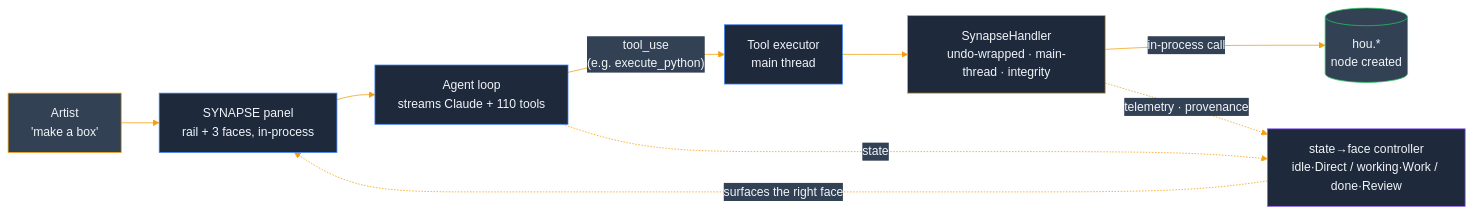
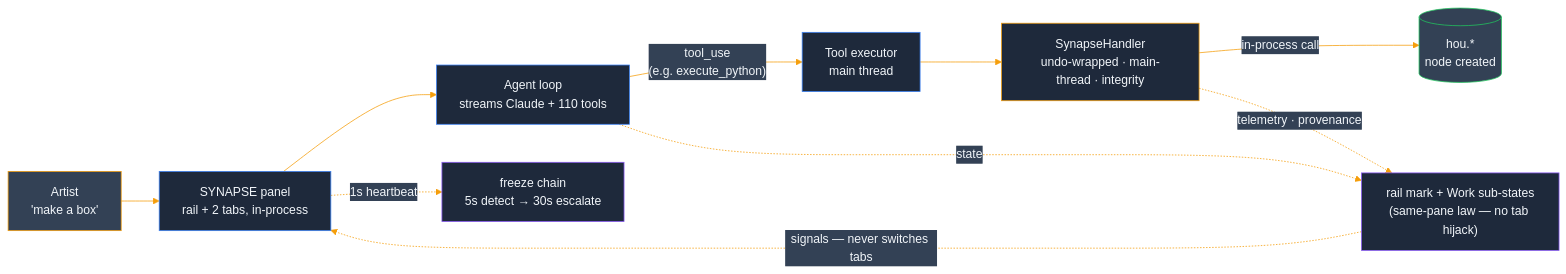
Before and after one commit to JosephOIbrahim/Synapse: the first of 16 diagrams in README.md, drawn with Mermaid. The commit also changed other lines of this file and 4 other files, not shown here.

First line of the commit message:
docs(release): v5.12.0 — CTO remediation + freeze chain; README + mermaid truth pass

````diff
--- a/README.md
+++ b/README.md
@@ -25,17 +25,18 @@
 ```mermaid
 %%{init: {'theme':'base', 'themeVariables': {'primaryColor':'#1e293b','primaryTextColor':'#f1f5f9','primaryBorderColor':'#0f172a','lineColor':'#f59e0b','secondaryColor':'#334155','tertiaryColor':'#475569'}}}%%
 flowchart LR
-    ART["Artist<br/>'make a box'"]:::artist --> PANEL["SYNAPSE panel<br/>rail + 3 faces, in-process"]:::panel
+    ART["Artist<br/>'make a box'"]:::artist --> PANEL["SYNAPSE panel<br/>rail + 2 tabs, in-process"]:::panel
     PANEL --> LOOP["Agent loop<br/>streams Claude + 110 tools"]:::panel
     LOOP -->|"tool_use<br/>(e.g. execute_python)"| EXEC["Tool executor<br/>main thread"]:::panel
     EXEC --> BR["SynapseHandler<br/>undo-wrapped &middot; main-thread &middot; integrity"]:::bridge
     BR -->|in-process call| HOU[("hou.*<br/>node created")]:::hou
-    LOOP -.->|state| FACE["state&rarr;face controller<br/>idle&middot;Direct / working&middot;Work / done&middot;Review"]:::obs
+    LOOP -.->|state| FACE["rail mark + Work sub-states<br/>(same-pane law &mdash; no tab hijack)"]:::obs
     BR -.->|telemetry &middot; provenance| FACE
-    FACE -.->|surfaces the right face| PANEL
+    FACE -.->|signals &mdash; never switches tabs| PANEL
+    PANEL -.->|"1s heartbeat"| WDOG["freeze chain<br/>5s detect &rarr; 30s escalate"]:::obs
     classDef artist fill:#334155,stroke:#f59e0b,color:#f1f5f9
     classDef panel fill:#1e293b,stroke:#3b82f6,color:#f1f5f9
     classDef bridge fill:#1e293b,stroke:#f59e0b,color:#f1f5f9
     classDef hou fill:#334155,stroke:#22c55e,color:#f1f5f9
     classDef obs fill:#1e293b,stroke:#8b5cf6,color:#f1f5f9
 ```
````
